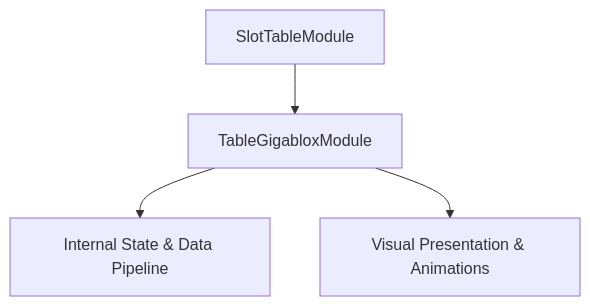
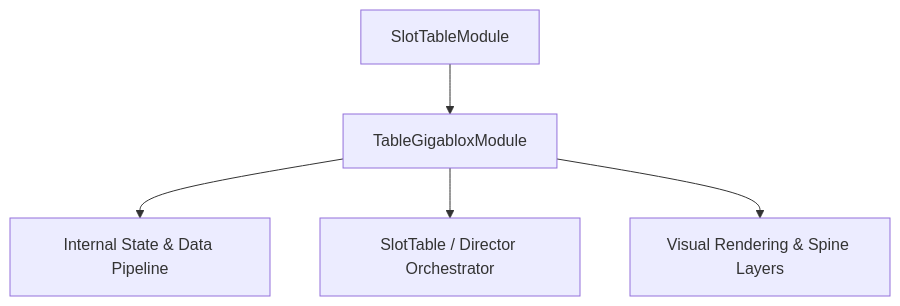
Before and after one commit to lam-ark/mcp-fwcc: the diagram in docs/cc_slot_mechanics/modules/TableGigabloxModule/01_overview/01_architecture_and_role.md, drawn with Mermaid. The commit also changed other lines of this file and 2509 other files, not shown here.

````diff
--- a/docs/cc_slot_mechanics/modules/TableGigabloxModule/01_overview/01_architecture_and_role.md
+++ b/docs/cc_slot_mechanics/modules/TableGigabloxModule/01_overview/01_architecture_and_role.md
@@ -18,6 +24,7 @@
 ```mermaid
 graph TD
-    Parent[SlotTableModule] --> Mod[TableGigabloxModule]
-    Mod --> State[Internal State & Data Pipeline]
-    Mod --> Render[Visual Presentation & Animations]
+    SuperClass[SlotTableModule] --> TargetClass[TableGigabloxModule]
+    TargetClass --> DataPipeline[Internal State & Data Pipeline]
+    TargetClass --> Orchestrator[SlotTable / Director Orchestrator]
+    TargetClass --> ViewLayer[Visual Rendering & Spine Layers]
 ```
````
